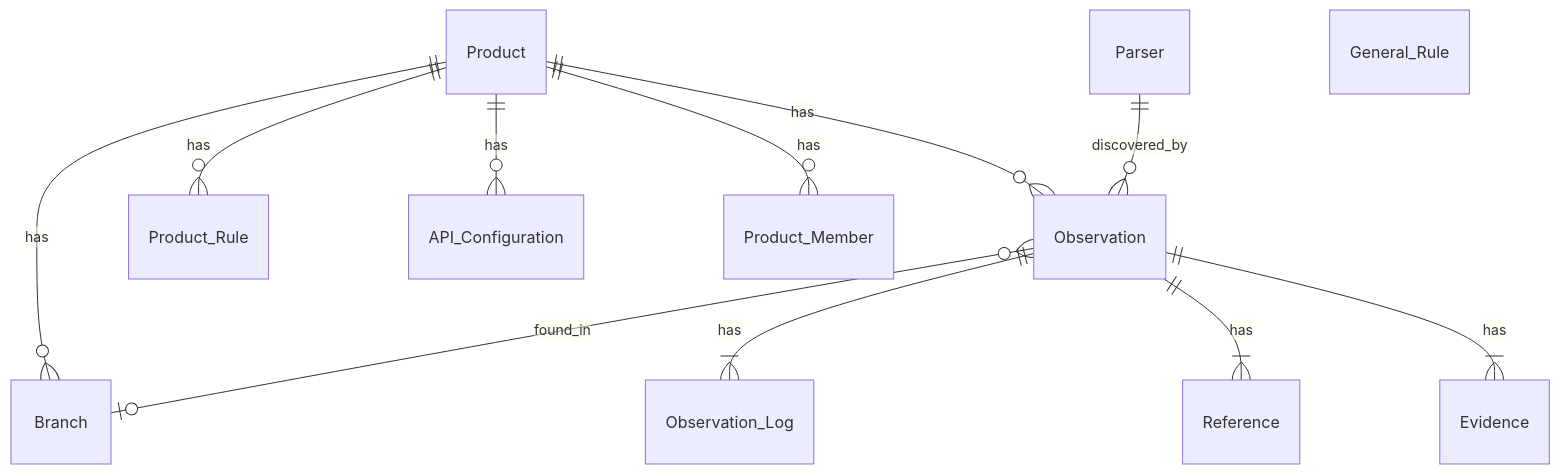
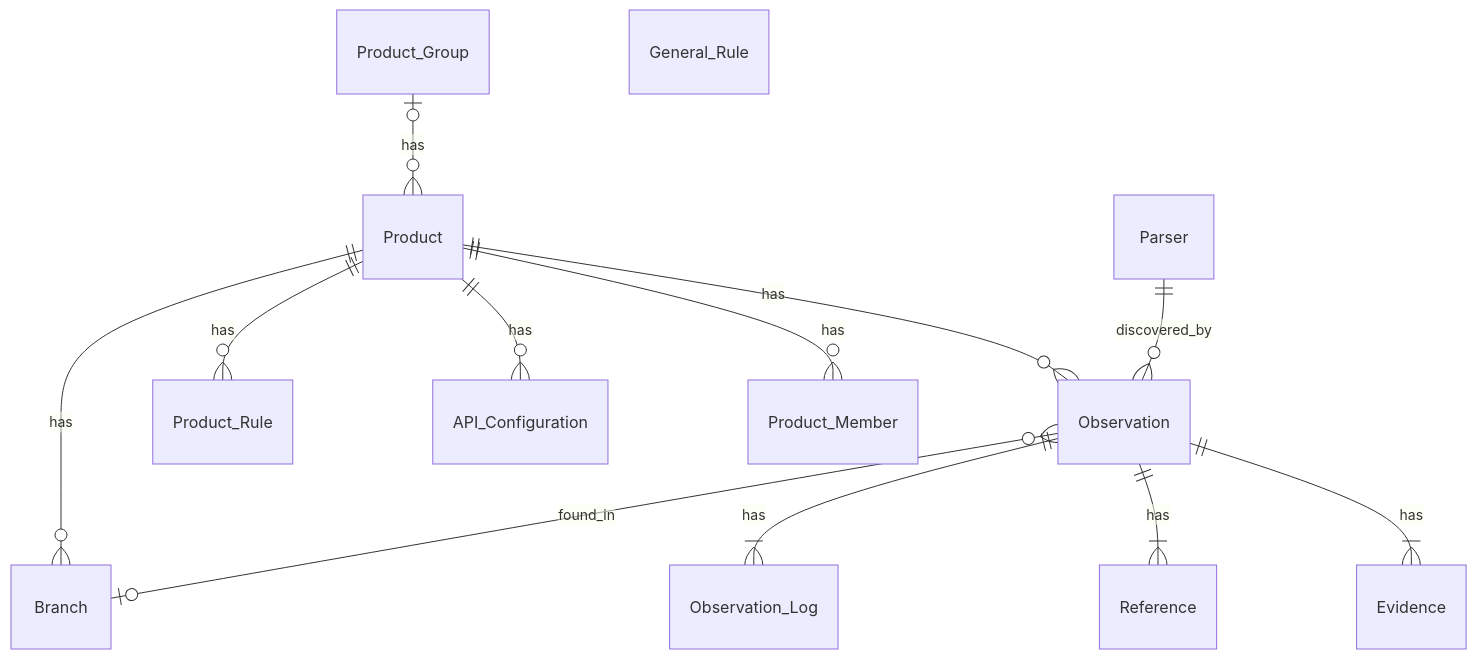
One commit to MaibornWolff/SecObserve changed the diagram in docs/getting_started/data_model.md. Above: the diagram before and after it, drawn with Mermaid. The commit also changed other lines of this file and 1 other file, not shown here.

````diff
--- a/docs/getting_started/data_model.md
+++ b/docs/getting_started/data_model.md
@@ -3,14 +3,15 @@
 ``` mermaid
 erDiagram
+    Product_Group |o--o{ Product : has
     Product ||--o{ Observation : has
     Product ||--o{ Branch : has
     Product ||--o{ Product_Rule : has
     Product ||--o{ API_Configuration : has
     Product ||--o{ Product_Member : has
     Parser ||--o{ Observation: discovered_by
     Observation }o--o| Branch: found_in
     Observation ||--|{ Observation_Log : has
     Observation ||--|{ Reference : has
     Observation ||--|{ Evidence : has
     General_Rule
 ```
````
